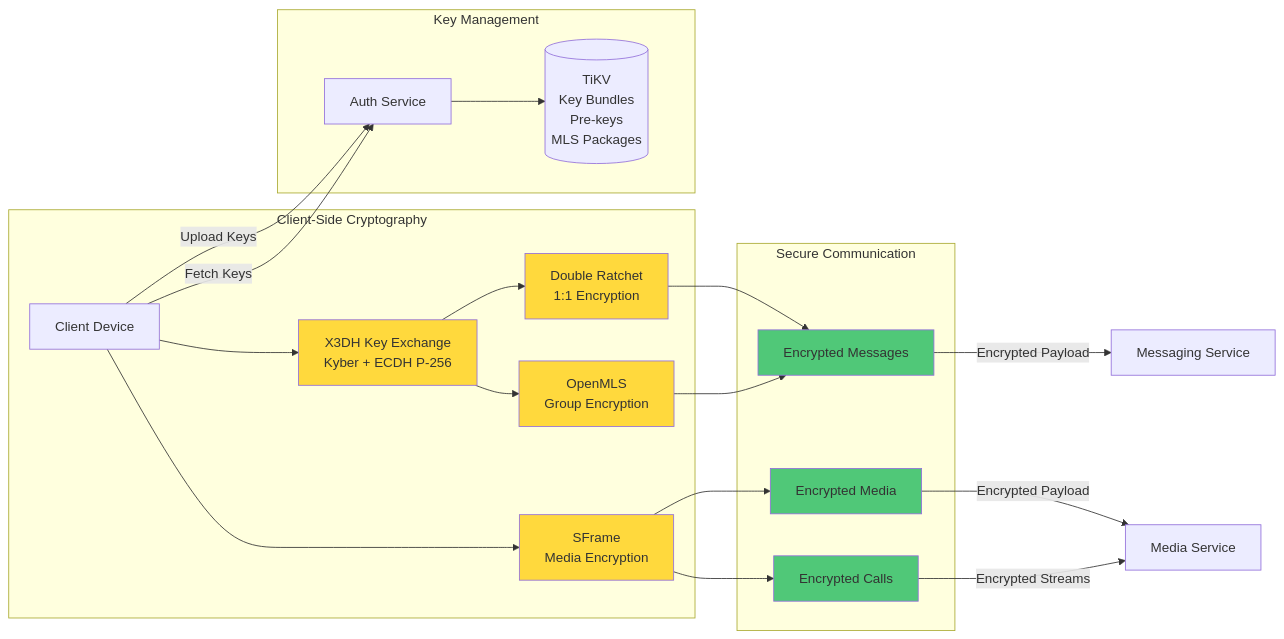
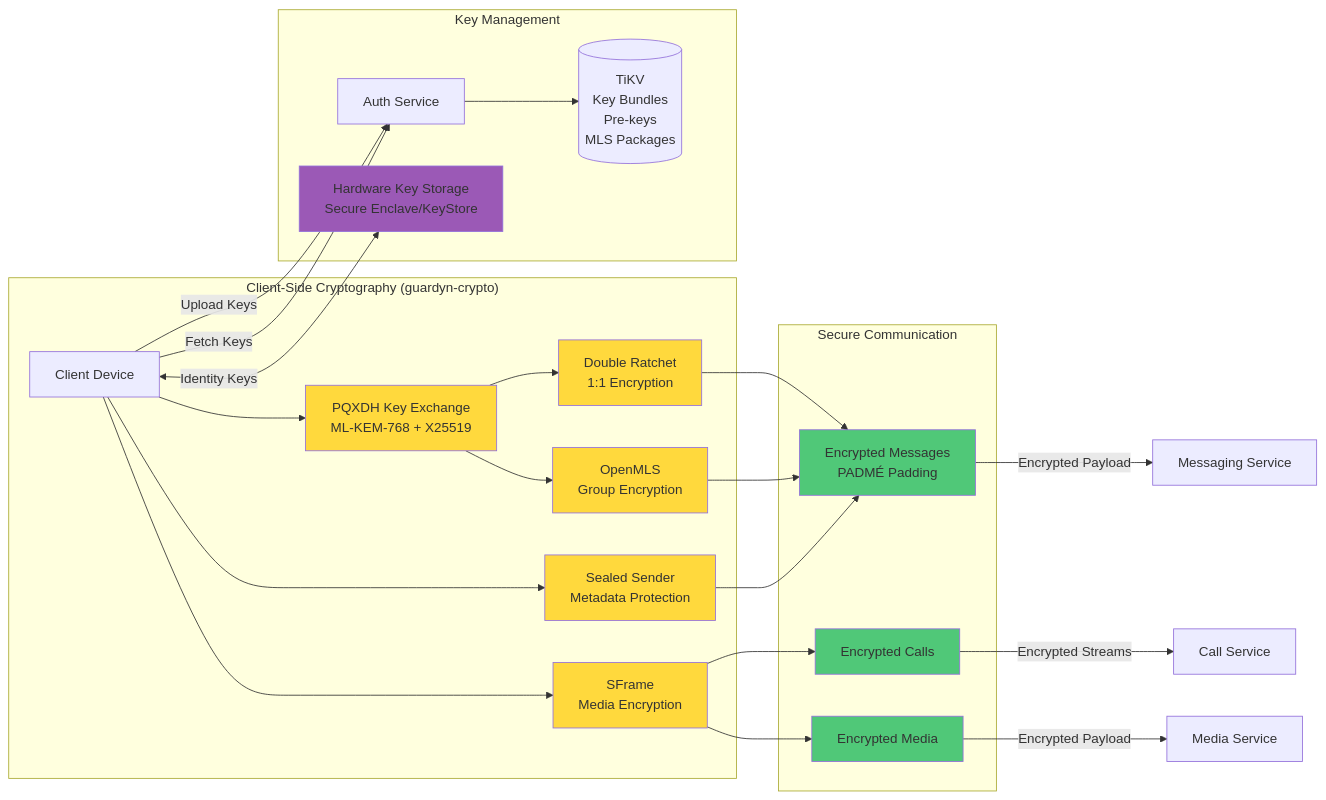
Before and after one commit to guardyn/guardyn: the second of 7 diagrams in docs/ARCHITECTURE.md, drawn with Mermaid. The commit also changed other lines of this file and 18 other files, not shown here.

````diff
--- a/docs/ARCHITECTURE.md
+++ b/docs/ARCHITECTURE.md
@@ -130,47 +134,54 @@
 ```mermaid
 graph LR
-    subgraph "Client-Side Cryptography"
+    subgraph "Client-Side Cryptography (guardyn-crypto)"
         Client[Client Device]
-        X3DH[X3DH Key Exchange<br/>Kyber + ECDH P-256]
+        PQXDH[PQXDH Key Exchange<br/>ML-KEM-768 + X25519]
         DR[Double Ratchet<br/>1:1 Encryption]
         MLS[OpenMLS<br/>Group Encryption]
         SFrame[SFrame<br/>Media Encryption]
+        SS[Sealed Sender<br/>Metadata Protection]
     end
 
     subgraph "Key Management"
         Auth[Auth Service]
         KeyStore[(TiKV<br/>Key Bundles<br/>Pre-keys<br/>MLS Packages)]
+        HW[Hardware Key Storage<br/>Secure Enclave/KeyStore]
     end
 
     subgraph "Secure Communication"
-        E2EEMsg[Encrypted Messages]
+        E2EEMsg[Encrypted Messages<br/>PADMÉ Padding]
         E2EEMedia[Encrypted Media]
         E2EECall[Encrypted Calls]
     end
 
-    Client --> X3DH
-    X3DH --> DR
-    X3DH --> MLS
+    Client --> PQXDH
+    PQXDH --> DR
+    PQXDH --> MLS
     Client --> SFrame
+    Client --> SS
 
     DR --> E2EEMsg
     MLS --> E2EEMsg
     SFrame --> E2EECall
     SFrame --> E2EEMedia
+    SS --> E2EEMsg
 
+    Client <-->|Identity Keys| HW
     Client -->|Upload Keys| Auth
     Auth --> KeyStore
     Client -->|Fetch Keys| Auth
 
     E2EEMsg -->|Encrypted Payload| Messaging[Messaging Service]
     E2EEMedia -->|Encrypted Payload| Media[Media Service]
-    E2EECall -->|Encrypted Streams| Media
+    E2EECall -->|Encrypted Streams| Call[Call Service]
 
-    style X3DH fill:#FFD93D
+    style PQXDH fill:#FFD93D
     style DR fill:#FFD93D
     style MLS fill:#FFD93D
     style SFrame fill:#FFD93D
+    style SS fill:#FFD93D
     style E2EEMsg fill:#50C878
     style E2EEMedia fill:#50C878
     style E2EECall fill:#50C878
+    style HW fill:#9B59B6
 ```
````
